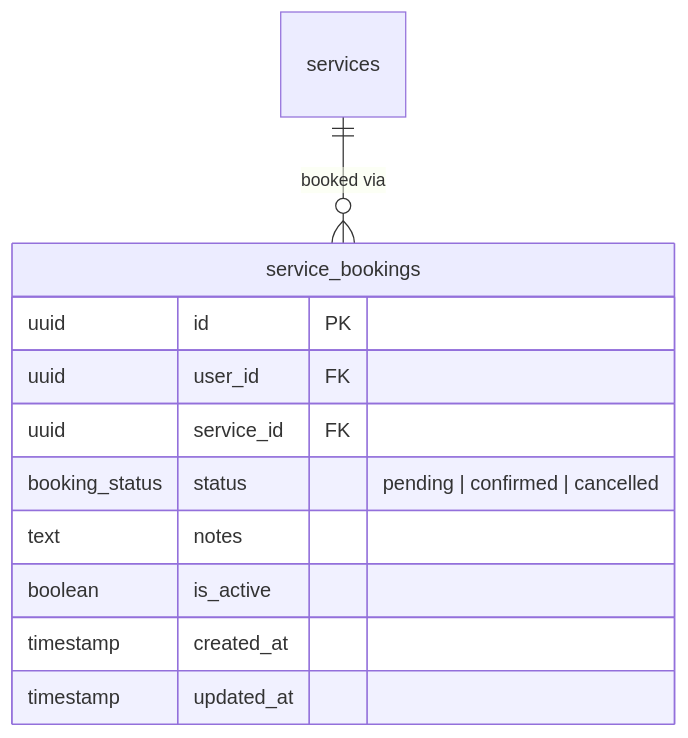
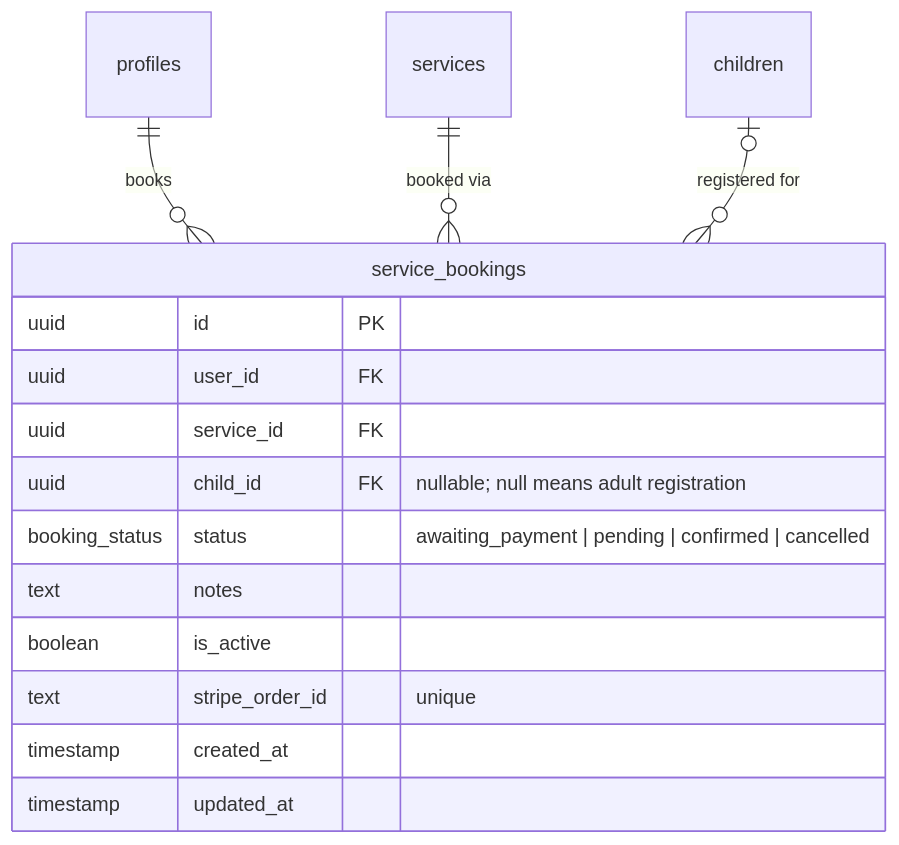
The second of 2 diagrams in docs/services.md (hack4impact/mcld-project), drawn with Mermaid before and after one commit. The commit also changed other lines of this file and 3 other files, not shown here.

````diff
--- a/docs/services.md
+++ b/docs/services.md
@@ -29,15 +38,19 @@
 ```mermaid
 erDiagram
     service_bookings {
         uuid id PK
         uuid user_id FK
         uuid service_id FK
-        booking_status status "pending | confirmed | cancelled"
+        uuid child_id FK "nullable; null means adult registration"
+        booking_status status "awaiting_payment | pending | confirmed | cancelled"
         text notes
         boolean is_active
+        text stripe_order_id "unique"
         timestamp created_at
         timestamp updated_at
     }
 
+    profiles ||--o{ service_bookings : "books"
     services ||--o{ service_bookings : "booked via"
+    children |o--o{ service_bookings : "registered for"
 ```
````
